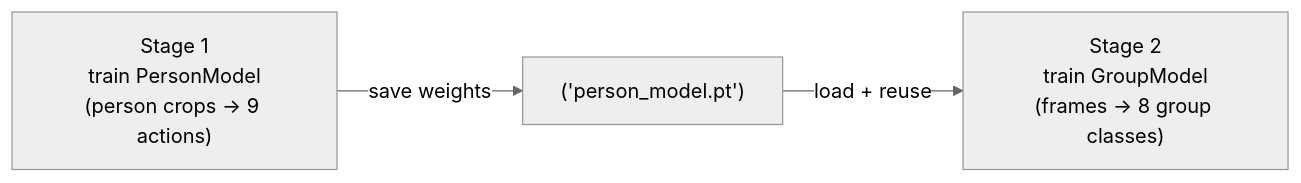
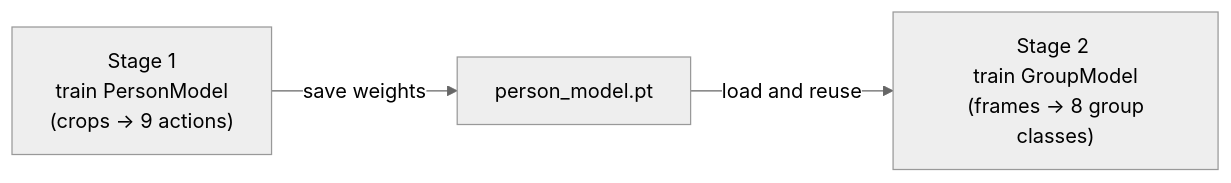
One commit to Abdo-Gamal/volleyball_project changed diagram 12 of 23 in README.md. Above: the diagram before and after it, drawn with Mermaid (neutral theme).

Commit message:
try fixed

````diff
--- a/README.md
+++ b/README.md
@@ -542,5 +542,5 @@
 ```mermaid
 flowchart LR
-    S1["Stage 1<br/>train PersonModel<br/>(person crops → 9 actions)"] -->|save weights| W["('person_model.pt')"]
-    W -->|load + reuse| S2["Stage 2<br/>train GroupModel<br/>(frames → 8 group classes)"]
+    S1["Stage 1 <br> train PersonModel <br> (crops -> 9 actions)"] -- "save weights" --> W["person_model.pt"]
+    W -- "load and reuse" --> S2["Stage 2 <br> train GroupModel <br> (frames -> 8 group classes)"]
 ```
````
